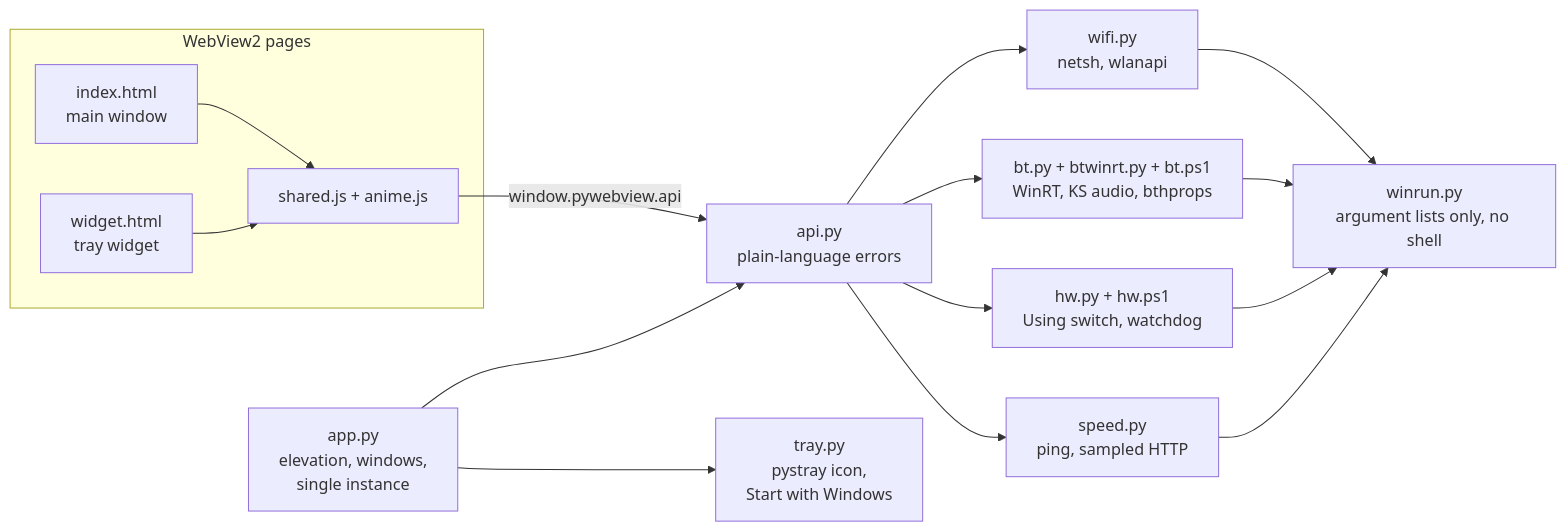
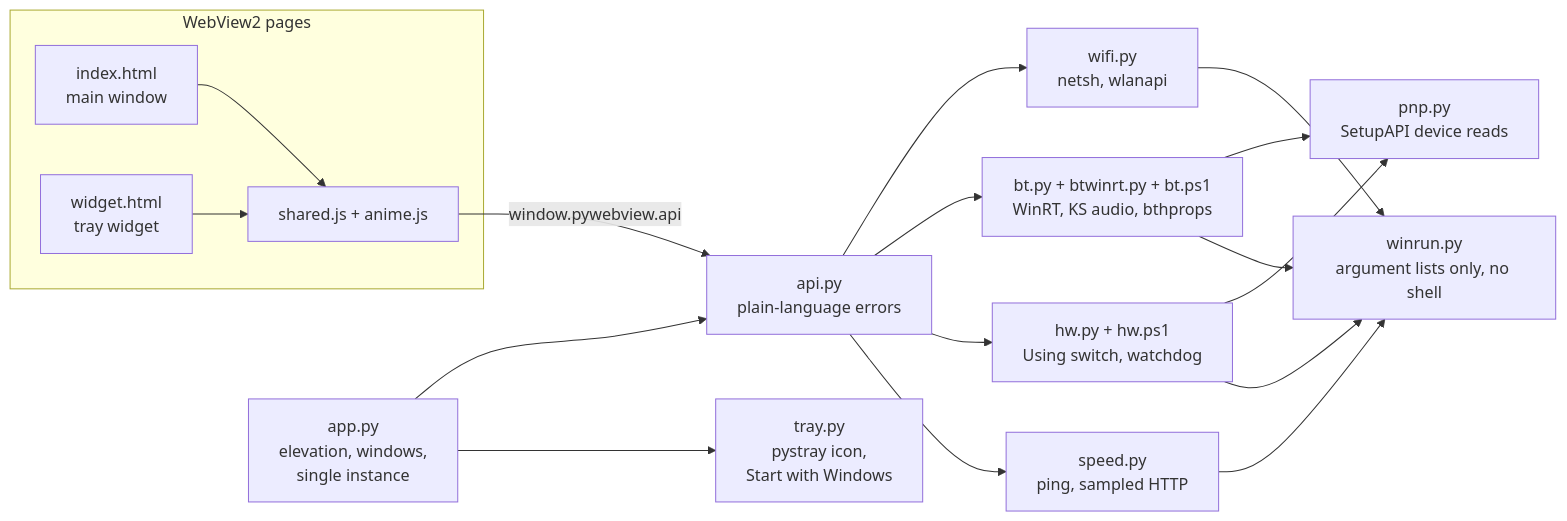
One commit to ApurvDas/unigen-manager changed the diagram in README.md. Above: the diagram before and after it, drawn with Mermaid. The commit also changed other lines of this file and 1 other file, not shown here.

Commit message:
docs: README covers merged device rows, speed and pnp.py; test count 220

````diff
--- a/README.md
+++ b/README.md
@@ -221,21 +224,23 @@
 ```mermaid
 flowchart LR
     subgraph Pages["WebView2 pages"]
         index["index.html<br/>main window"]
         widget["widget.html<br/>tray widget"]
         shared["shared.js + anime.js"]
     end
     app["app.py<br/>elevation, windows,<br/>single instance"] --> api
     app --> tray["tray.py<br/>pystray icon,<br/>Start with Windows"]
     index --> shared
     widget --> shared
     shared -- "window.pywebview.api" --> api["api.py<br/>plain-language errors"]
     api --> wifi["wifi.py<br/>netsh, wlanapi"]
     api --> bt["bt.py + btwinrt.py + bt.ps1<br/>WinRT, KS audio, bthprops"]
     api --> hw["hw.py + hw.ps1<br/>Using switch, watchdog"]
+    hw --> pnp["pnp.py<br/>SetupAPI device reads"]
+    bt --> pnp
     api --> speed["speed.py<br/>ping, sampled HTTP"]
     hw --> winrun
     wifi --> winrun["winrun.py<br/>argument lists only, no shell"]
     bt --> winrun
     speed --> winrun
 ```
````
